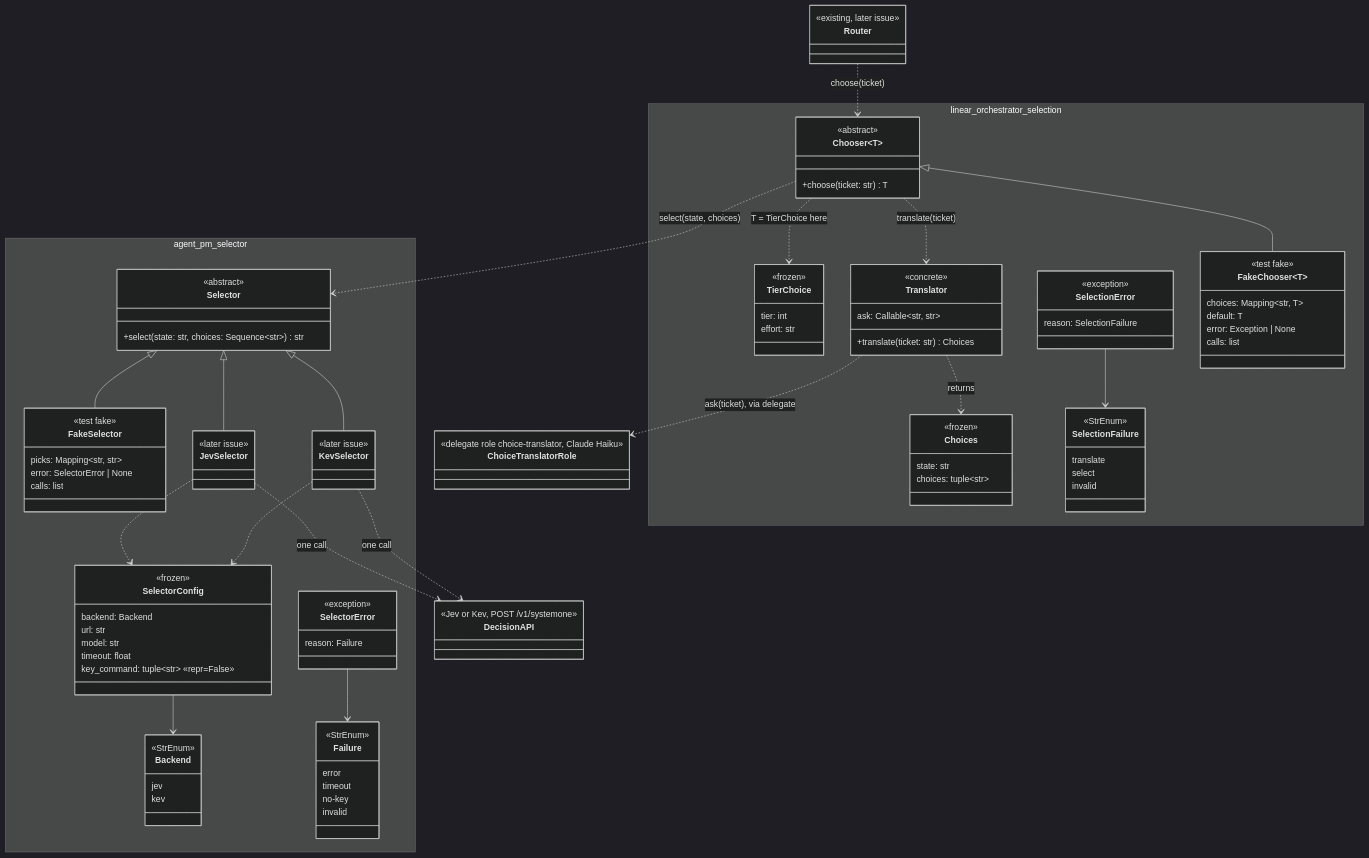
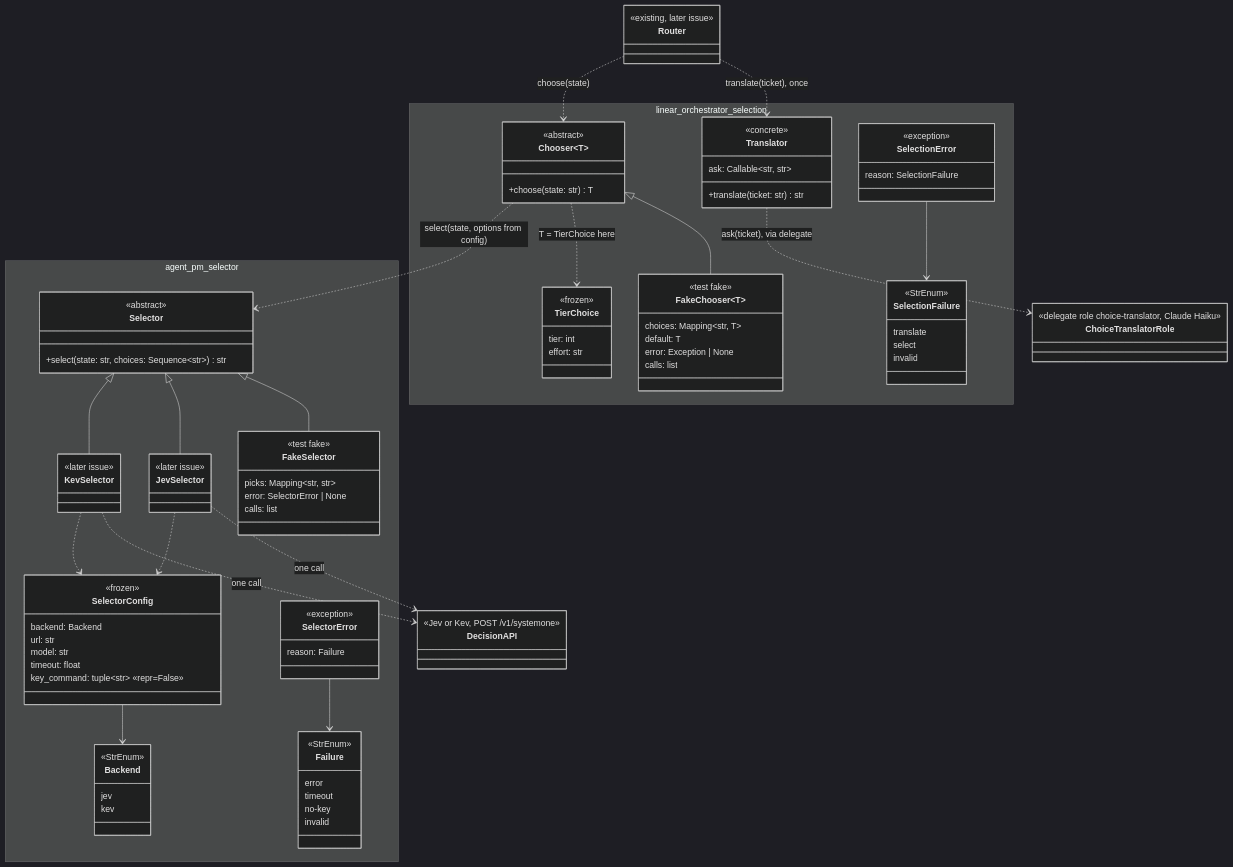
The second of 2 diagrams in .autopilot/router-selector-spec.md (ophis/agent-pm), drawn with Mermaid (dark theme) before and after one commit. The commit also changed other lines of this file, not shown here.

Commit message:
TASK-742: spec: Translator returns only the state; each Chooser supplies its own options

```diff
--- a/.autopilot/router-selector-spec.md
+++ b/.autopilot/router-selector-spec.md
@@ -98,7 +99,7 @@
   namespace linear_orchestrator_selection {
     class Chooser~T~ {
       <<abstract>>
-      +choose(ticket: str) T
+      +choose(state: str) T
     }
     class TierChoice {
       <<frozen>>
@@ -108,12 +109,7 @@
     class Translator {
       <<concrete>>
       ask: Callable~str, str~
-      +translate(ticket: str) Choices
-    }
-    class Choices {
-      <<frozen>>
-      state: str
-      choices: tuple~str~
+      +translate(ticket: str) str
     }
     class SelectionError {
       <<exception>>
@@ -151,12 +147,11 @@
   SelectorConfig --> Backend
   SelectorError --> Failure
   SelectionError --> SelectionFailure
-  Translator ..> Choices : returns
   Chooser ..> TierChoice : T = TierChoice here
 
-  Router ..> Chooser : choose(ticket)
-  Chooser ..> Translator : translate(ticket)
-  Chooser ..> Selector : select(state, choices)
+  Router ..> Translator : translate(ticket), once
+  Router ..> Chooser : choose(state)
+  Chooser ..> Selector : select(state, options from config)
   Translator ..> ChoiceTranslatorRole : ask(ticket), via delegate
   JevSelector ..> DecisionAPI : one call
   KevSelector ..> DecisionAPI : one call
```
